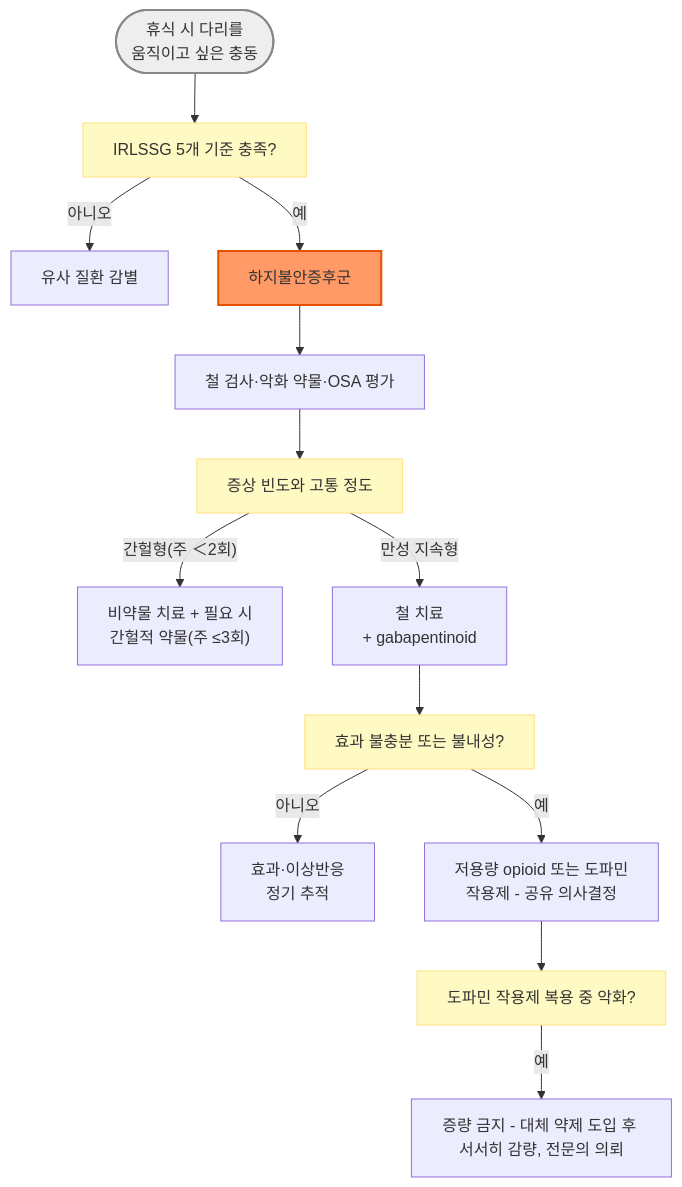
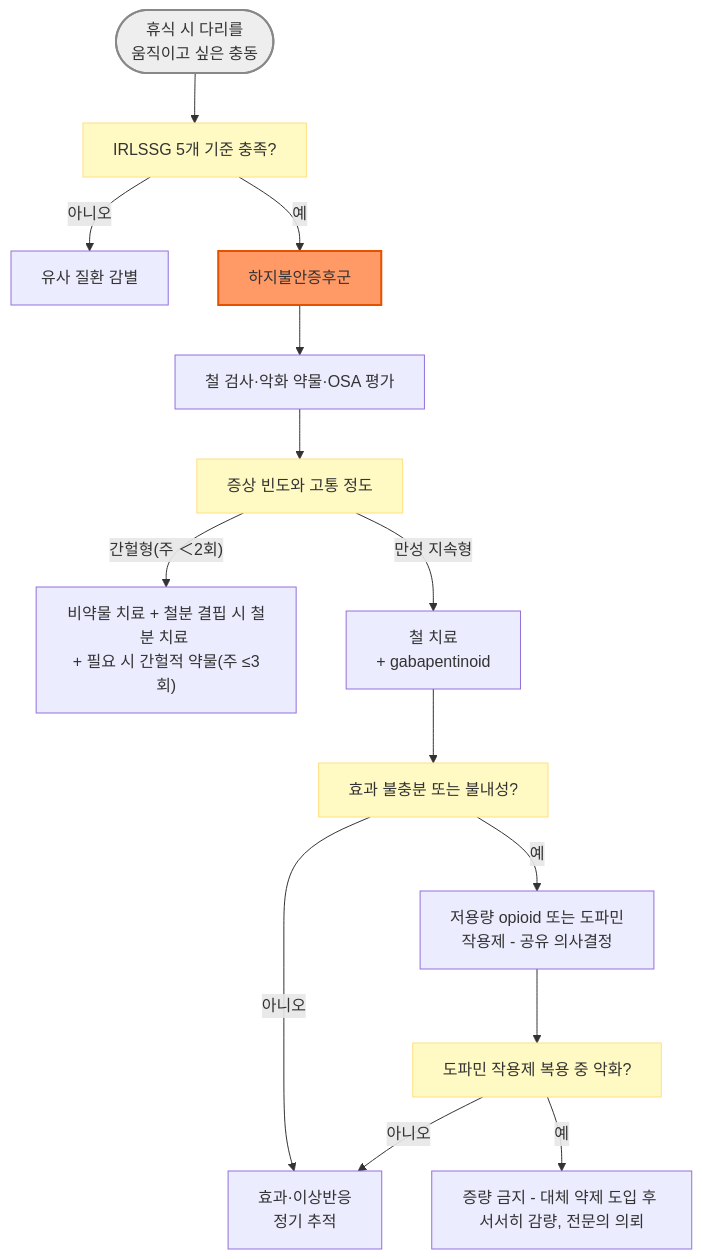
The diagram in 221_/036_-restless-legs-syndrome.md (familyoh77/familyoh77), drawn with Mermaid before and after one commit. The commit also changed other lines of this file, not shown here.

````diff
--- a/221_/036_-restless-legs-syndrome.md
+++ b/221_/036_-restless-legs-syndrome.md
@@ -138,19 +137,20 @@
 ```mermaid
 graph TD
     Start(["휴식 시 다리를 <br/>움직이고 싶은 충동"]) --> A["IRLSSG 5개 기준 충족?"]
     A -- 아니오 --> B["유사 질환 감별"]
     A -- 예 --> C["하지불안증후군"]
     C --> D["철 검사·악화 약물·OSA 평가"]
     D --> E["증상 빈도와 고통 정도"]
-    E -- "간헐형(주 ＜2회)" --> F["비약물 치료 + 필요 시 <br/>간헐적 약물(주 ≤3회)"]
+    E -- "간헐형(주 ＜2회)" --> F["비약물 치료 + 철분 결핍 시 철분 치료 <br/>+ 필요 시 간헐적 약물(주 ≤3회)"]
     E -- 만성 지속형 --> G["철 치료 <br/>+ gabapentinoid"]
     G --> H["효과 불충분 또는 불내성?"]
     H -- 아니오 --> I["효과·이상반응 <br/>정기 추적"]
     H -- 예 --> K["저용량 opioid 또는 도파민 <br/>작용제 - 공유 의사결정"]
     K --> L["도파민 작용제 복용 중 악화?"]
     L -- 예 --> M["증량 금지 - 대체 약제 도입 후 서서히 감량, 전문의 의뢰"]
+    L -- 아니오 --> I
     style Start fill:#eeeeee,stroke:#888888,stroke-width:2px
     style C fill:#f96,stroke:#e65100,stroke-width:2px
     classDef yellow fill:#fff9c4,stroke:#ffe082
     class A,E,H,L yellow
 ```
````
